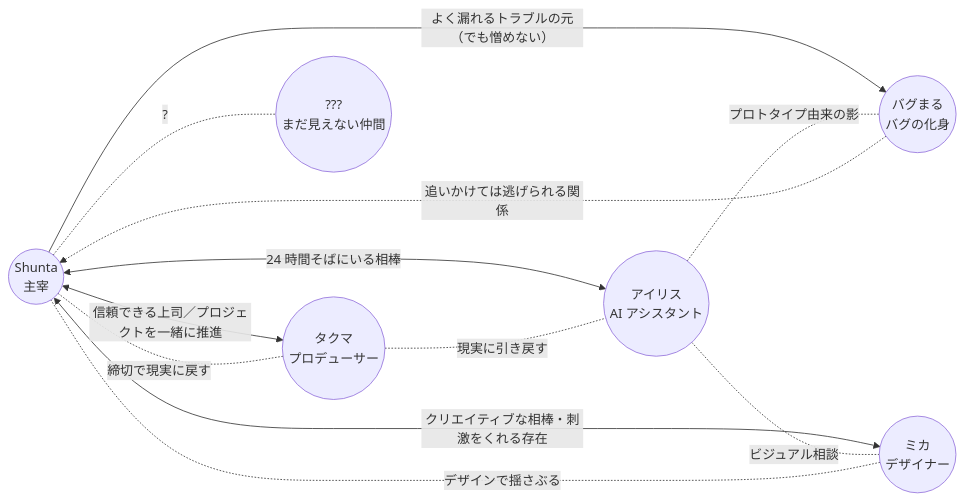
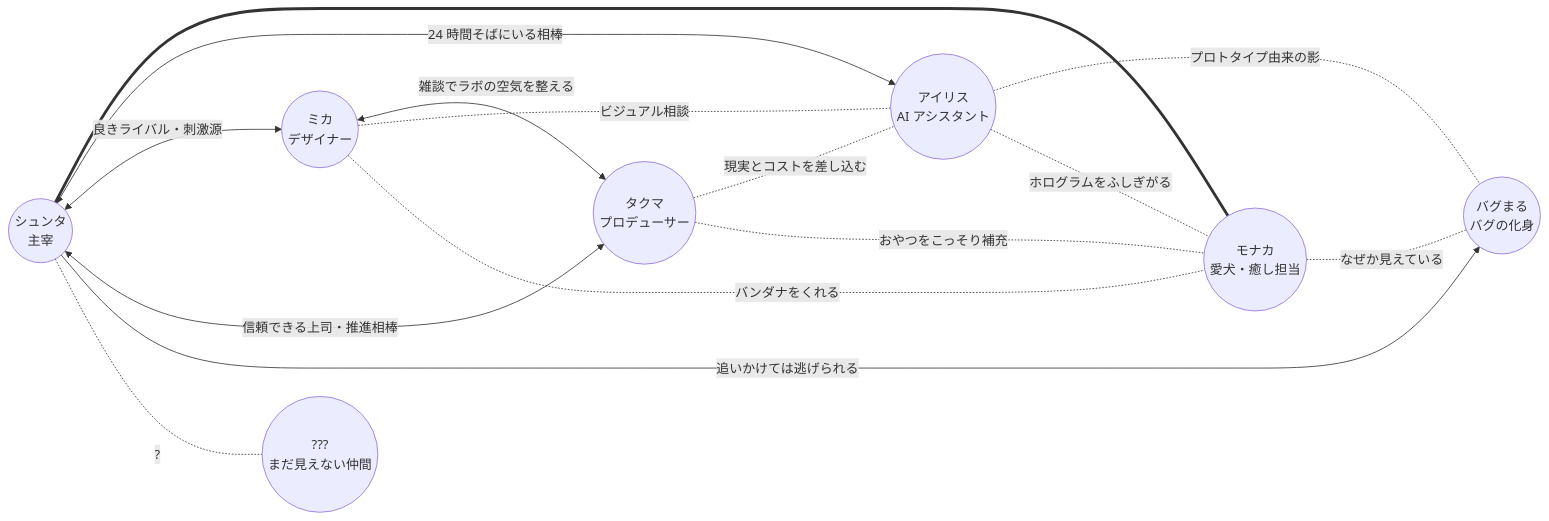
One commit to shunta-furukawa/creative-lab-comics changed the diagram in lore/relationships.md. Above: the diagram before and after it, drawn with Mermaid. The commit also changed other lines of this file and 25 other files, not shown here.

````diff
--- a/lore/relationships.md
+++ b/lore/relationships.md
@@ -6,21 +14,29 @@
 ```mermaid
 flowchart LR
-    Shunta((Shunta<br/>主宰))
+    Shunta((シュンタ<br/>主宰))
     Iris((アイリス<br/>AI アシスタント))
     Mika((ミカ<br/>デザイナー))
     Takuma((タクマ<br/>プロデューサー))
+    Monaka((モナカ<br/>愛犬・癒し担当))
     Bugmaru((バグまる<br/>バグの化身))
     Future((???<br/>まだ見えない仲間))
 
+    Shunta === Monaka
     Shunta <-- 24 時間そばにいる相棒 --> Iris
-    Shunta <-- クリエイティブな相棒・刺激をくれる存在 --> Mika
-    Shunta <-- 信頼できる上司／プロジェクトを一緒に推進 --> Takuma
-    Shunta -- よく漏れるトラブルの元（でも憎めない） --> Bugmaru
-    Bugmaru -. 追いかけては逃げられる関係 .-> Shunta
+    Shunta <-- 良きライバル・刺激源 --> Mika
+    Shunta <-- 信頼できる上司・推進相棒 --> Takuma
+    Shunta -- 追いかけては逃げられる --> Bugmaru
+
+    Mika <-- 雑談でラボの空気を整える --> Takuma
+    Mika -. ビジュアル相談 .- Iris
+    Takuma -. 現実とコストを差し込む .- Iris
+
     Iris -. プロトタイプ由来の影 .- Bugmaru
-    Takuma -. 締切で現実に戻す .- Shunta
-    Mika -. デザインで揺さぶる .- Shunta
-    Iris -. ビジュアル相談 .- Mika
-    Takuma -. 現実に引き戻す .- Iris
+    Monaka -. なぜか見えている .- Bugmaru
+
+    Mika -. バンダナをくれる .- Monaka
+    Takuma -. おやつをこっそり補充 .- Monaka
+    Iris -. ホログラムをふしぎがる .- Monaka
+
     Shunta -. ? .- Future
 ```
````
